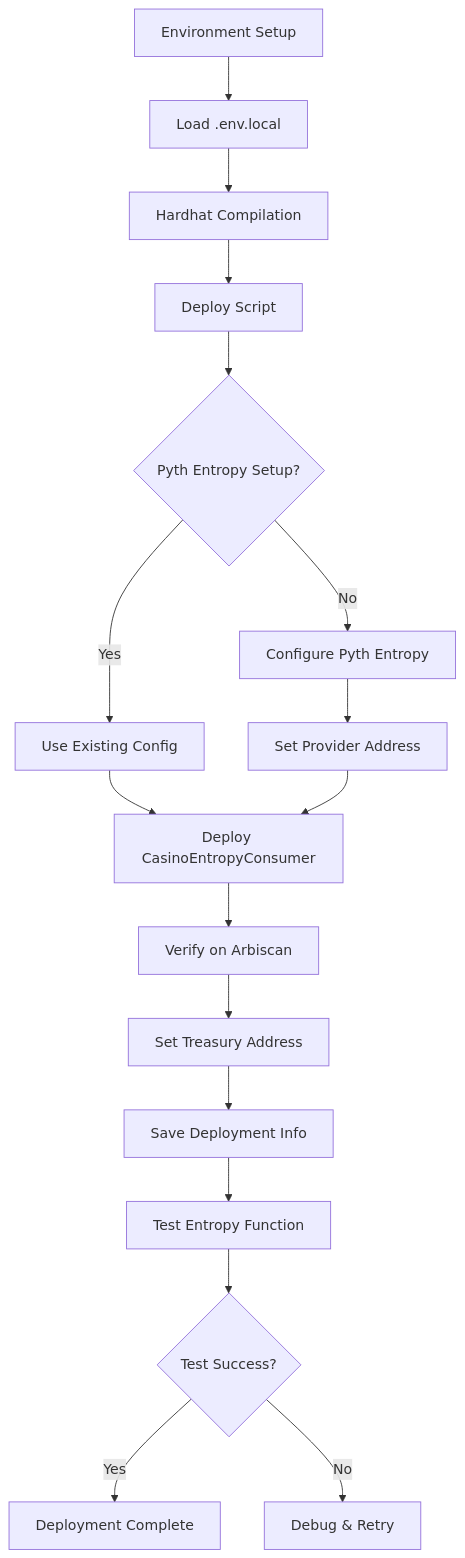
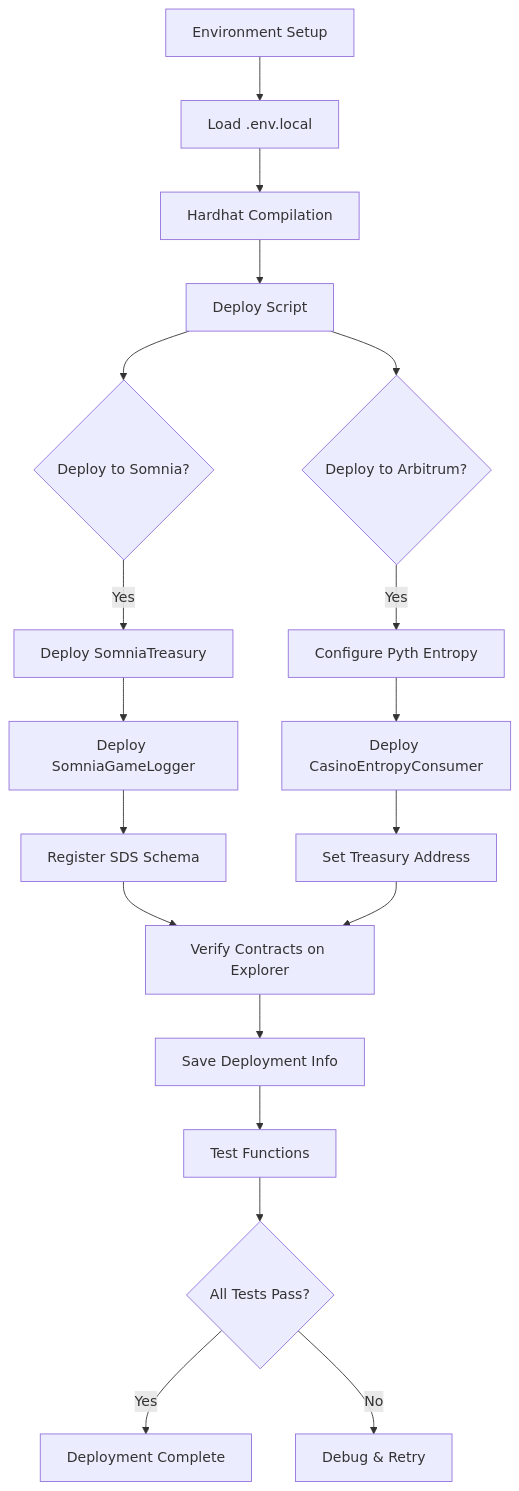
The tenth of 24 diagrams in MERMAID_DIAGRAMS.md (AmaanSayyad/APT-Casino-Somnia), drawn with Mermaid before and after one commit. The commit also changed other lines of this file and 6 other files, not shown here.

Commit message:
diagrams and wd

````diff
--- a/MERMAID_DIAGRAMS.md
+++ b/MERMAID_DIAGRAMS.md
@@ -292,23 +384,25 @@
 ```mermaid
 flowchart TD
     A[Environment Setup] --> B[Load .env.local]
     B --> C[Hardhat Compilation]
     C --> D[Deploy Script]
     
-    D --> E{Pyth Entropy Setup?}
-    E -->|No| F[Configure Pyth Entropy]
-    E -->|Yes| G[Use Existing Config]
+    D --> E{Deploy to Somnia?}
+    E -->|Yes| F[Deploy SomniaTreasury]
+    F --> G[Deploy SomniaGameLogger]
+    G --> H[Register SDS Schema]
     
-    F --> H[Set Provider Address]
-    G --> I[Deploy CasinoEntropyConsumer]
-    H --> I
+    D --> I{Deploy to Arbitrum?}
+    I -->|Yes| J[Configure Pyth Entropy]
+    J --> K[Deploy CasinoEntropyConsumer]
+    K --> L[Set Treasury Address]
     
-    I --> J[Verify on Arbiscan]
-    J --> K[Set Treasury Address]
-    K --> L[Save Deployment Info]
+    H --> M[Verify Contracts on Explorer]
+    L --> M
+    M --> N[Save Deployment Info]
     
-    L --> M[Test Entropy Function]
-    M --> N{Test Success?}
-    N -->|Yes| O[Deployment Complete]
-    N -->|No| P[Debug & Retry]
+    N --> O[Test Functions]
+    O --> P{All Tests Pass?}
+    P -->|Yes| Q[Deployment Complete]
+    P -->|No| R[Debug & Retry]
 ```
````
